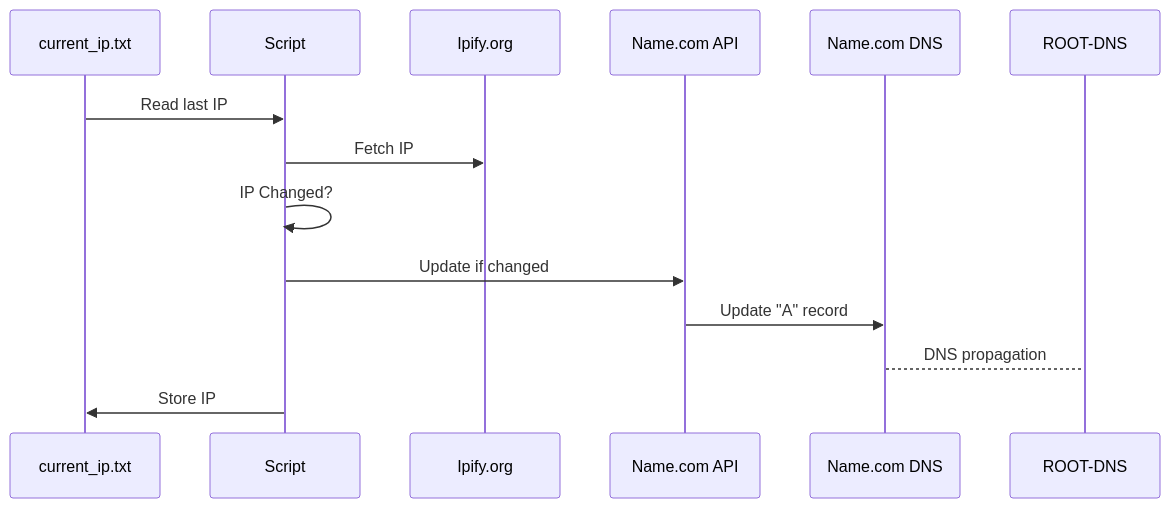
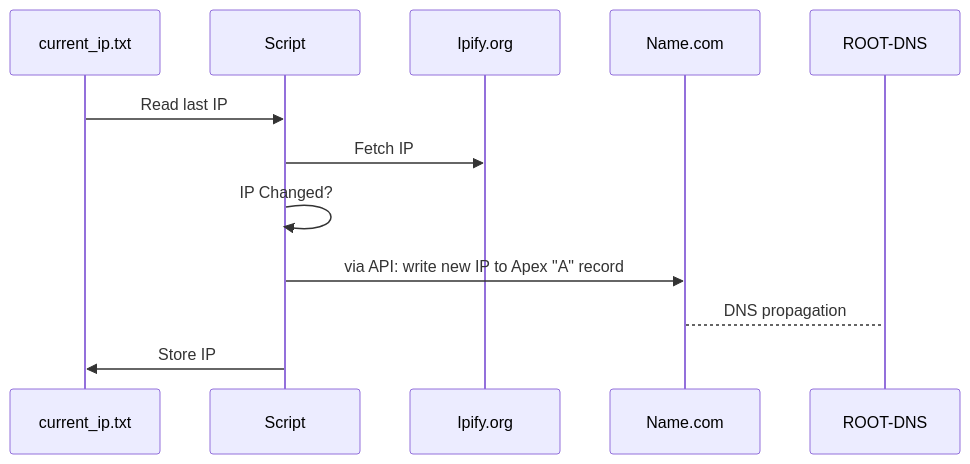
One commit to yasuoiwakura/py-name.com-dyndns-updater changed the first of 2 diagrams in README.md. Above: the diagram before and after it, drawn with Mermaid.

Commit message:
readme slimmer mermaid sequenceDiagram

````diff
--- a/README.md
+++ b/README.md
@@ -13,12 +13,11 @@
 ```mermaid
 sequenceDiagram
     current_ip.txt->>Script: Read last IP
     Script->>Ipify.org: Fetch IP
     Script->>Script: IP Changed?
-    Script->>Name.com API: Update if changed
-    Name.com API->>Name.com DNS: Update "A" record
-    Name.com DNS-->ROOT-DNS: DNS propagation
+    Script->>Name.com: via API: write new IP to Apex "A" record
+    Name.com-->ROOT-DNS: DNS propagation
     Script->>current_ip.txt: Store IP
 
 
 ```
````
